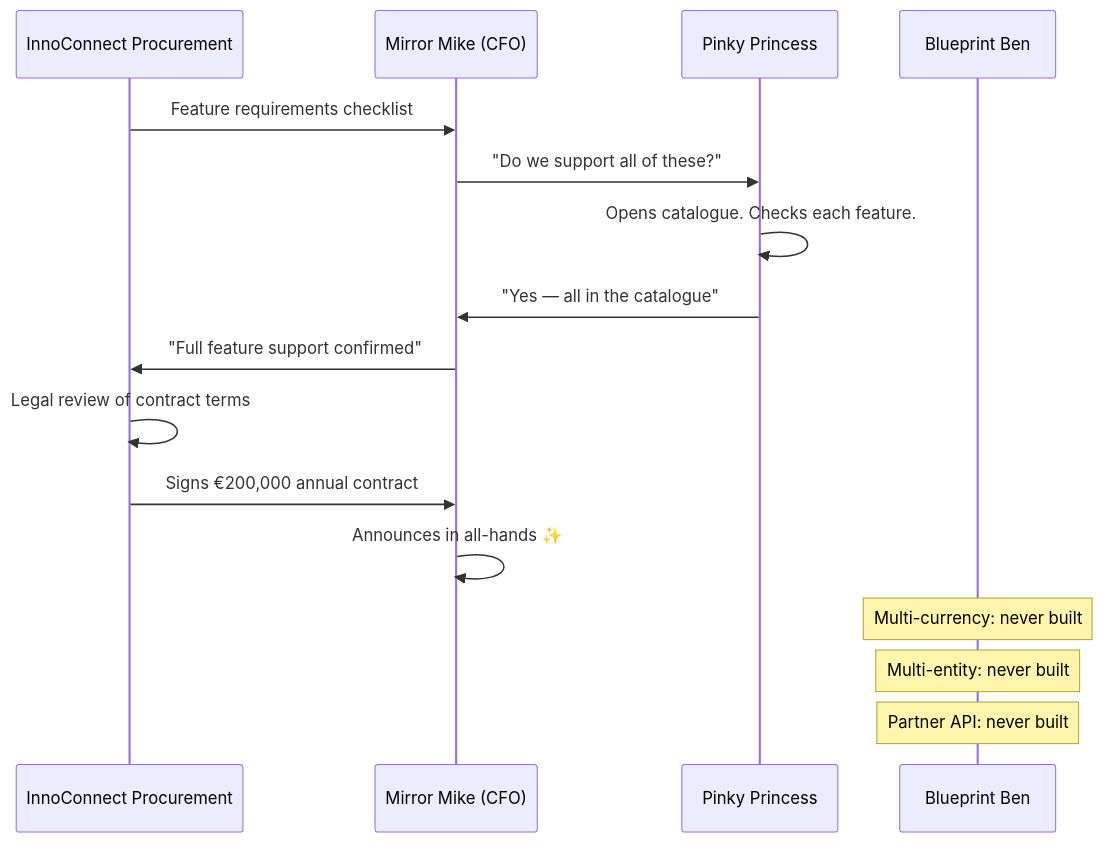
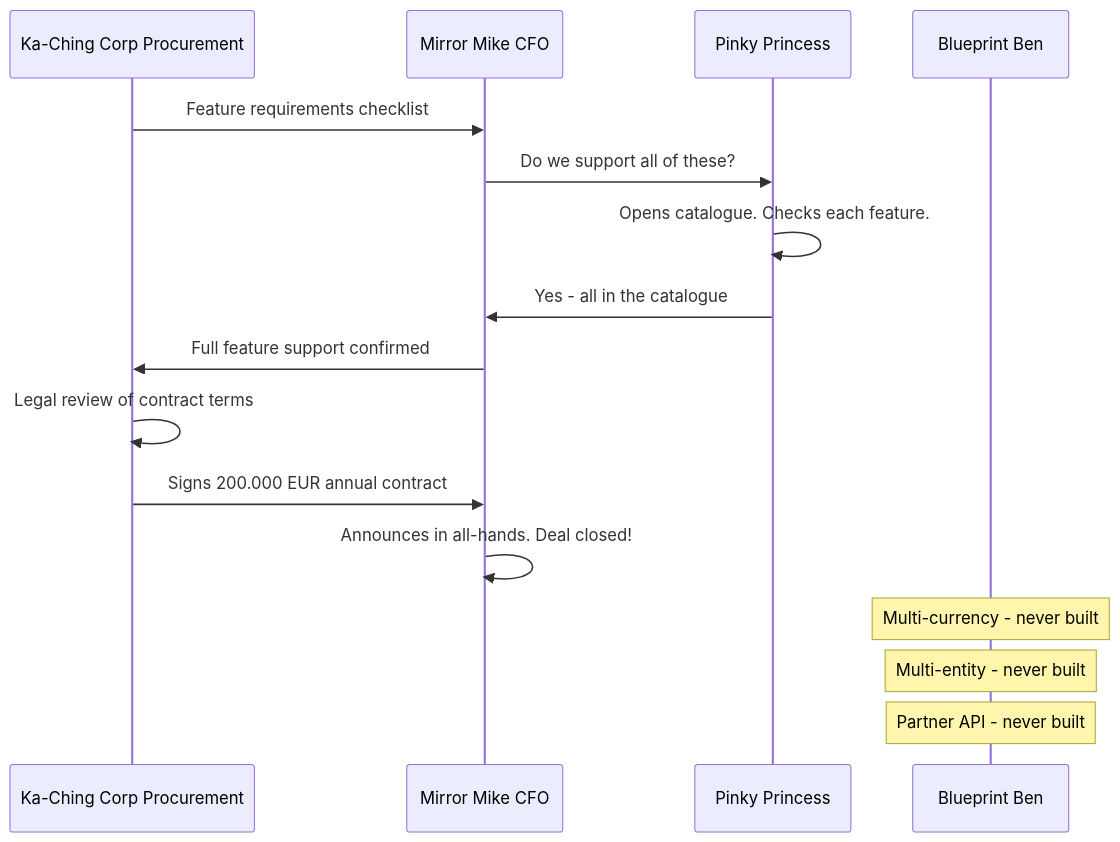
Before and after one commit to truedoctales/truedoctales-4j: the diagram in fairy-doc-tales/04_product-queen/01_product-queen.md, drawn with Mermaid. The commit also changed other lines of this file and 6 other files, not shown here.

First line of the commit message:
feat: rename InnoConnect to Ka-Ching Corp and fix mermaid 11 syntax errors

````diff
--- a/fairy-doc-tales/04_product-queen/01_product-queen.md
+++ b/fairy-doc-tales/04_product-queen/01_product-queen.md
@@ -135,19 +135,19 @@
 ```mermaid
 sequenceDiagram
-    participant IC as InnoConnect Procurement
-    participant MM as Mirror Mike (CFO)
+    participant IC as Ka-Ching Corp Procurement
+    participant MM as Mirror Mike CFO
     participant PP as Pinky Princess
     participant BB as Blueprint Ben
 
     IC->>MM: Feature requirements checklist
-    MM->>PP: "Do we support all of these?"
+    MM->>PP: Do we support all of these?
     PP->>PP: Opens catalogue. Checks each feature.
-    PP->>MM: "Yes — all in the catalogue"
-    MM->>IC: "Full feature support confirmed"
+    PP->>MM: Yes - all in the catalogue
+    MM->>IC: Full feature support confirmed
     IC->>IC: Legal review of contract terms
-    IC->>MM: Signs €200,000 annual contract
-    MM->>MM: Announces in all-hands ✨
-    Note over BB: Multi-currency: never built
-    Note over BB: Multi-entity: never built
-    Note over BB: Partner API: never built
+    IC->>MM: Signs 200.000 EUR annual contract
+    MM->>MM: Announces in all-hands. Deal closed!
+    Note over BB: Multi-currency - never built
+    Note over BB: Multi-entity - never built
+    Note over BB: Partner API - never built
 ```
````
